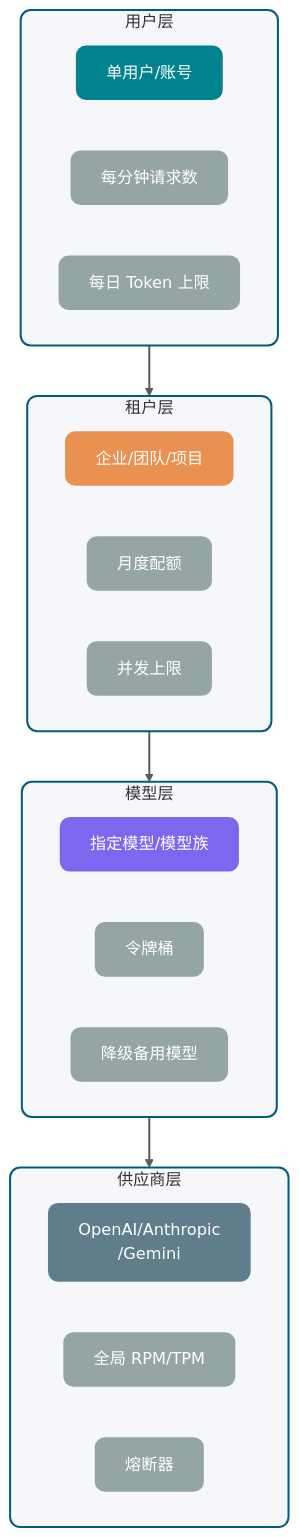
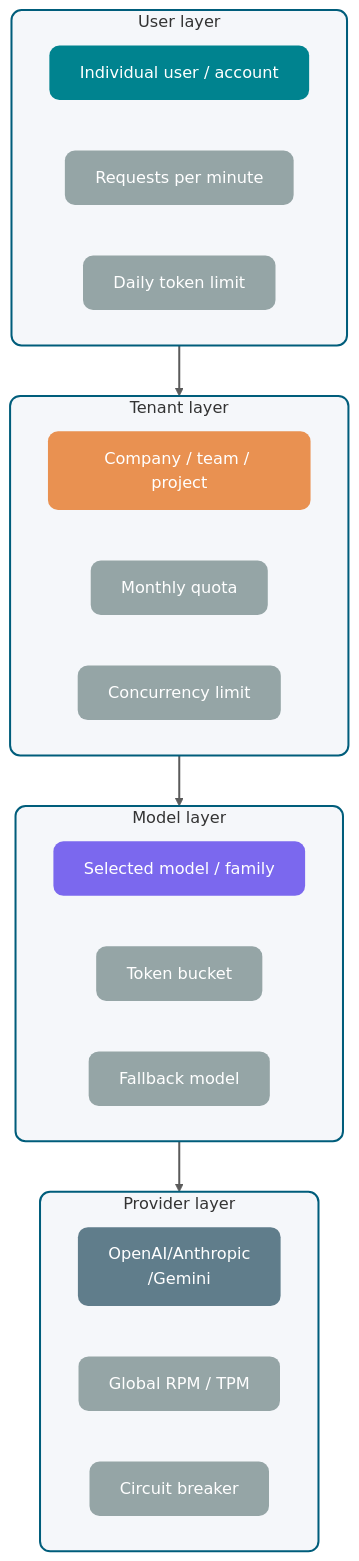
One commit to m3h3d1/JavaGuideEn changed the second of 3 diagrams in docs/ai/llm-basis/llm-api-engineering.md. Above: the diagram before and after it, drawn with Mermaid. The commit also changed other lines of this file and 108 other files, not shown here.

````diff
--- a/docs/ai/llm-basis/llm-api-engineering.md
+++ b/docs/ai/llm-basis/llm-api-engineering.md
@@ -321,42 +321,42 @@
 ```mermaid
 flowchart TB
-    subgraph User["用户层"]
-        U1["单用户/账号"]:::client
-        U2["每分钟请求数"]:::info
-        U3["每日 Token 上限"]:::info
+    subgraph User["User layer"]
+        U1["Individual user / account"]:::client
+        U2["Requests per minute"]:::info
+        U3["Daily token limit"]:::info
     end
 
-    subgraph Tenant["租户层"]
-        T1["企业/团队/项目"]:::business
-        T2["月度配额"]:::info
-        T3["并发上限"]:::info
+    subgraph Tenant["Tenant layer"]
+        T1["Company / team / project"]:::business
+        T2["Monthly quota"]:::info
+        T3["Concurrency limit"]:::info
     end
 
-    subgraph Model["模型层"]
-        M1["指定模型/模型族"]:::gateway
-        M2["令牌桶"]:::info
-        M3["降级备用模型"]:::info
+    subgraph Model["Model layer"]
+        M1["Selected model / family"]:::gateway
+        M2["Token bucket"]:::info
+        M3["Fallback model"]:::info
     end
 
-    subgraph Provider["供应商层"]
+    subgraph Provider["Provider layer"]
         P1["OpenAI/Anthropic\n/Gemini"]:::external
-        P2["全局 RPM/TPM"]:::info
-        P3["熔断器"]:::info
+        P2["Global RPM / TPM"]:::info
+        P3["Circuit breaker"]:::info
     end
 
     User --> Tenant --> Model --> Provider
 
     classDef client fill:#00838F,color:#FFFFFF,stroke:none,rx:10,ry:10
     classDef business fill:#E99151,color:#FFFFFF,stroke:none,rx:10,ry:10
     classDef gateway fill:#7B68EE,color:#FFFFFF,stroke:none,rx:10,ry:10
     classDef external fill:#607D8B,color:#FFFFFF,stroke:none,rx:10,ry:10
     classDef success fill:#4CA497,color:#FFFFFF,stroke:none,rx:10,ry:10
     classDef info fill:#95A5A6,color:#FFFFFF,stroke:none,rx:10,ry:10
 
     style User fill:#F5F7FA,stroke:#005D7B,stroke-width:2px,rx:10,ry:10
     style Tenant fill:#F5F7FA,stroke:#005D7B,stroke-width:2px,rx:10,ry:10
     style Model fill:#F5F7FA,stroke:#005D7B,stroke-width:2px,rx:10,ry:10
     style Provider fill:#F5F7FA,stroke:#005D7B,stroke-width:2px,rx:10,ry:10
 
     linkStyle default stroke-width:2px,stroke:#333333,opacity:0.8
 ```
````
